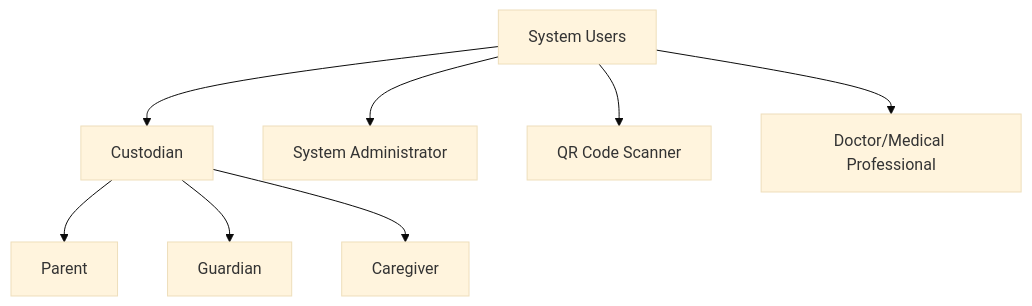
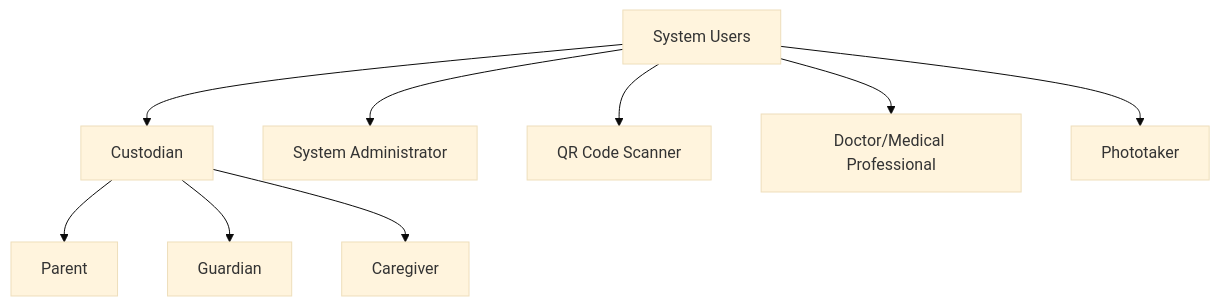
The second of 18 diagrams in docs/technical_spec.md (agpascoe/keryu3), drawn with Mermaid (base theme) before and after one commit. The commit also changed other lines of this file and 13 other files, not shown here.

````diff
--- a/docs/technical_spec.md
+++ b/docs/technical_spec.md
@@ -69,10 +69,11 @@
    ```mermaid
    graph TD
        A[System Users] --> B[Custodian]
        A --> C[System Administrator]
        A --> D[QR Code Scanner]
        A --> E[Doctor/Medical Professional]
-       B --> F[Parent]
-       B --> G[Guardian]
-       B --> H[Caregiver]
+       A --> F[Phototaker]
+       B --> G[Parent]
+       B --> H[Guardian]
+       B --> I[Caregiver]
    ```
````
